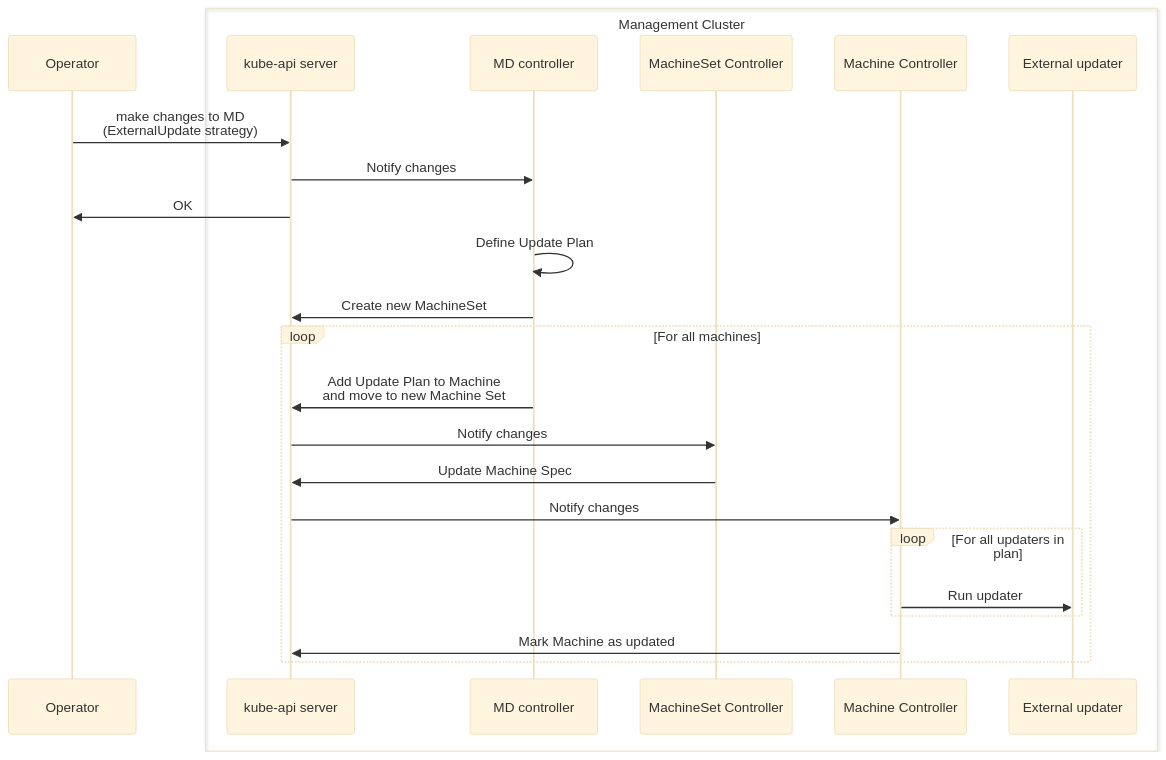
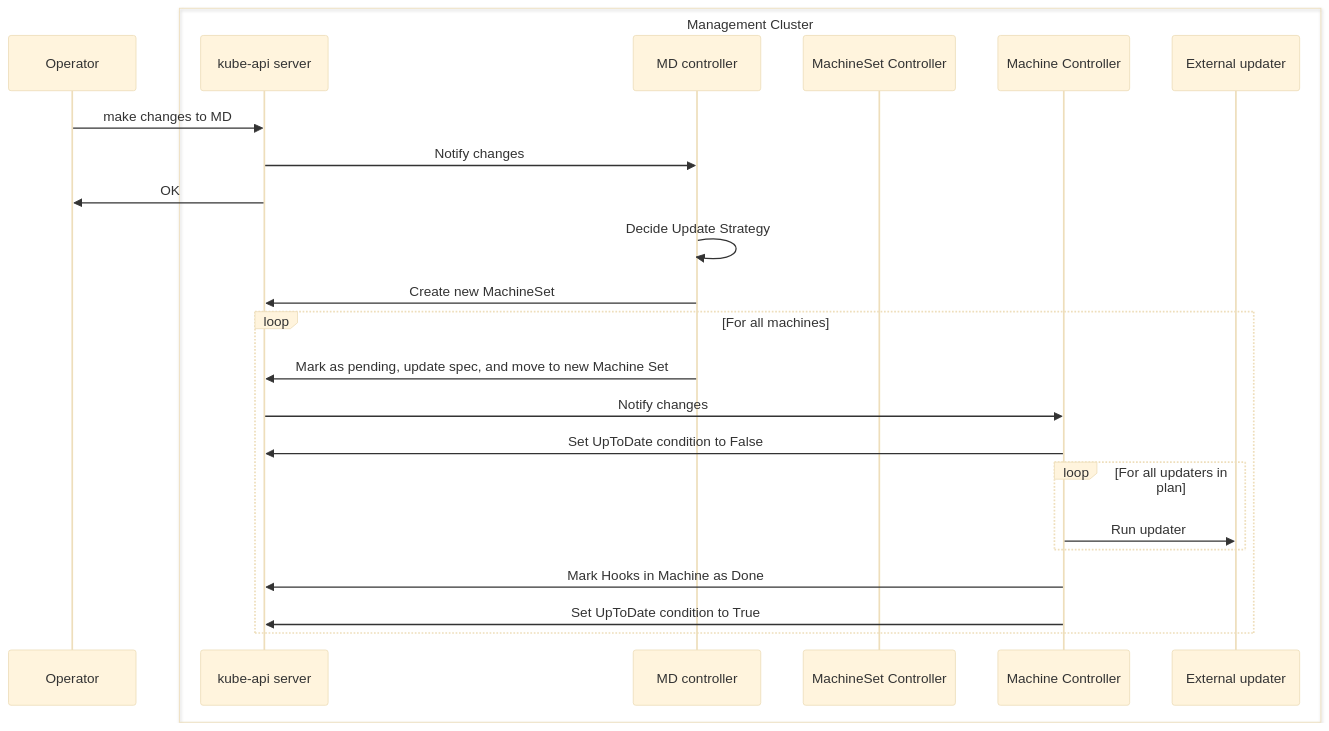
One commit to kubernetes-sigs/cluster-api changed the third of 9 diagrams in docs/proposals/20240807-in-place-updates.md. Above: the diagram before and after it, drawn with Mermaid (base theme). The commit also changed other lines of this file, not shown here.

````diff
--- a/docs/proposals/20240807-in-place-updates.md
+++ b/docs/proposals/20240807-in-place-updates.md
@@ -276,28 +284,28 @@
 ```mermaid
 sequenceDiagram
 participant Operator
 
 box Management Cluster
     participant apiserver as kube-api server
     participant capi as MD controller
     participant msc as MachineSet Controller
     participant mach as Machine Controller
     participant hook as External updater
 end
 
-Operator->>apiserver: make changes to MD <br>(ExternalUpdate strategy)
+Operator->>apiserver: make changes to MD
 apiserver->>capi: Notify changes
 apiserver->>Operator: OK
-capi->>capi: Define Update Plan
+capi->>capi: Decide Update Strategy
 capi->>apiserver: Create new MachineSet
 loop For all machines
-    capi->>apiserver: Add Update Plan to Machine<br> and move to new Machine Set
-    apiserver->>msc: Notify changes
-    msc->>apiserver: Update Machine Spec
+    capi->>apiserver: Mark as pending, update spec, and move to new Machine Set
     apiserver->>mach: Notify changes
+    mach->>apiserver: Set UpToDate condition to False
     loop For all updaters in plan
         mach->>hook: Run updater
     end
-    mach->>apiserver: Mark Machine as updated
+    mach->>apiserver: Mark Hooks in Machine as Done
+    mach->>apiserver: Set UpToDate condition to True
 end
 ```
````
